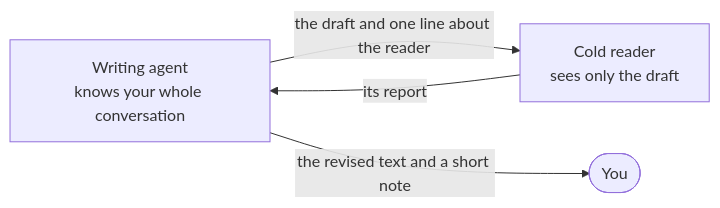
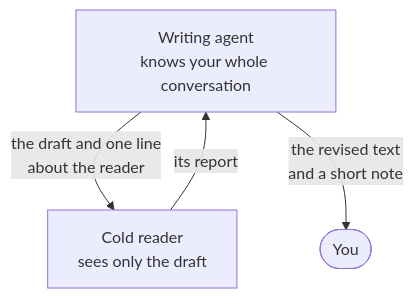
Before and after one commit to ossianravn/agent-copywriting: the diagram in README.md, drawn with Mermaid.

Commit message:
Lay out the README diagram top-down so it fits narrow screens

````diff
--- a/README.md
+++ b/README.md
@@ -112,9 +112,9 @@
 ```mermaid
-flowchart LR
+flowchart TD
     W["Writing agent<br/>knows your whole conversation"]
     R["Cold reader<br/>sees only the draft"]
     U(["You"])
-    W -- "the draft and one line about the reader" --> R
+    W -- "the draft and one line<br/>about the reader" --> R
     R -- "its report" --> W
-    W -- "the revised text and a short note" --> U
+    W -- "the revised text<br/>and a short note" --> U
 ```
````
